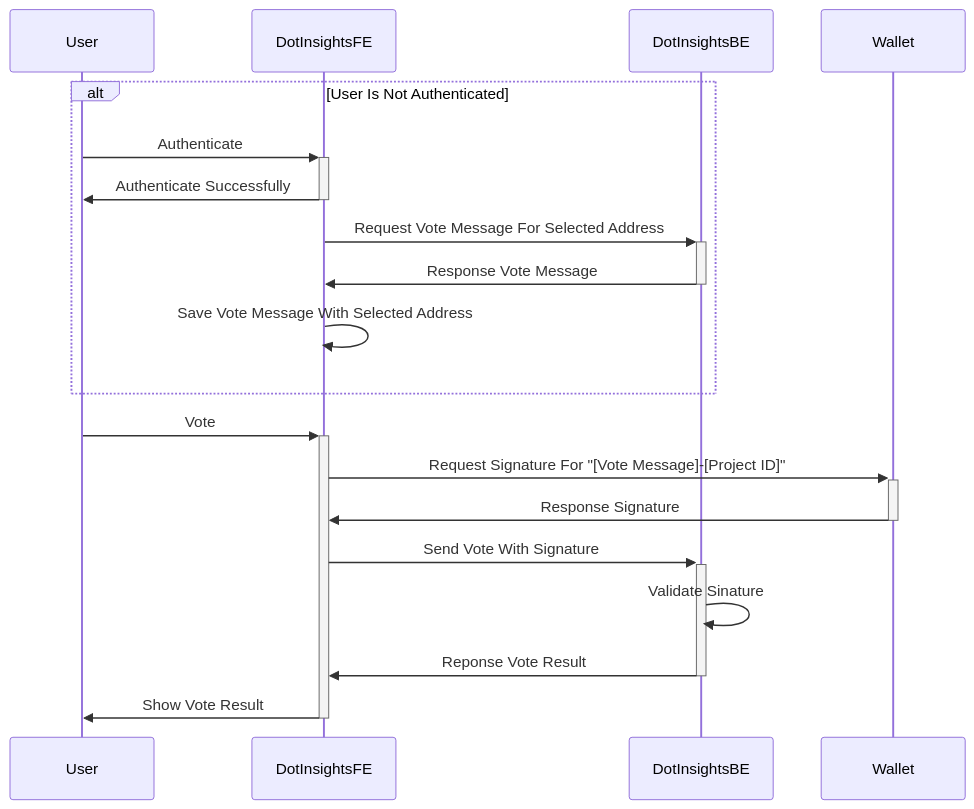
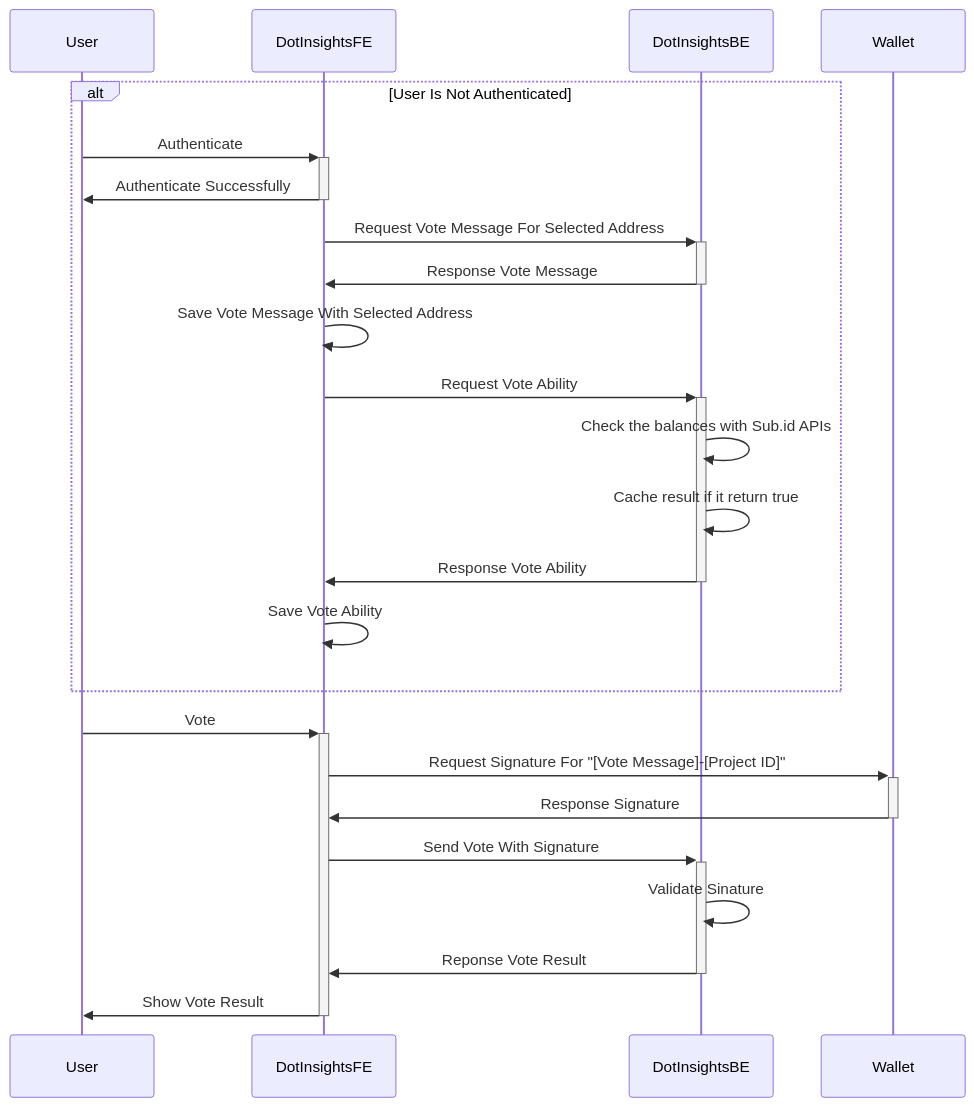
The second of 3 diagrams in README.md (Koniverse/DotInsights-BE), drawn with Mermaid before and after one commit.

Commit message:
Update Voting Concept

````diff
--- a/README.md
+++ b/README.md
@@ -29,17 +29,22 @@
 ```mermaid
 sequenceDiagram
     alt User Is Not Authenticated
         User->>+DotInsightsFE: Authenticate
         DotInsightsFE->>-User: Authenticate Successfully
         DotInsightsFE->>+DotInsightsBE: Request Vote Message For Selected Address
         DotInsightsBE->>-DotInsightsFE: Response Vote Message
         DotInsightsFE->>DotInsightsFE: Save Vote Message With Selected Address
+        DotInsightsFE->>+DotInsightsBE: Request Vote Ability
+        DotInsightsBE->>DotInsightsBE: Check the balances with Sub.id APIs
+        DotInsightsBE->>DotInsightsBE: Cache result if it return true
+        DotInsightsBE->>-DotInsightsFE: Response Vote Ability
+        DotInsightsFE->>DotInsightsFE: Save Vote Ability
     end
     User->>+DotInsightsFE: Vote
     DotInsightsFE->>+Wallet: Request Signature For "[Vote Message]-[Project ID]"
     Wallet->>-DotInsightsFE: Response Signature
     DotInsightsFE->>+DotInsightsBE: Send Vote With Signature
     DotInsightsBE->>DotInsightsBE: Validate Sinature
     DotInsightsBE->>-DotInsightsFE: Reponse Vote Result
     DotInsightsFE->>-User: Show Vote Result
 ```
````
